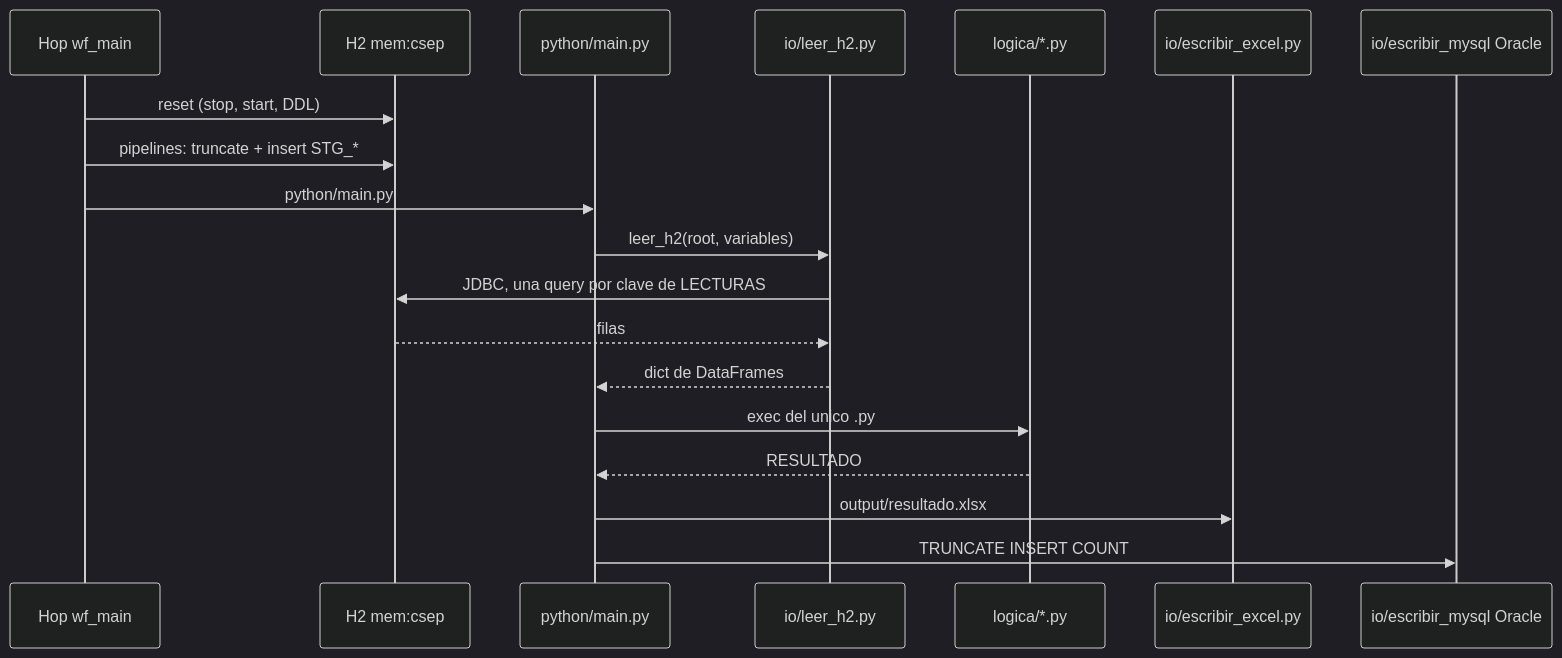
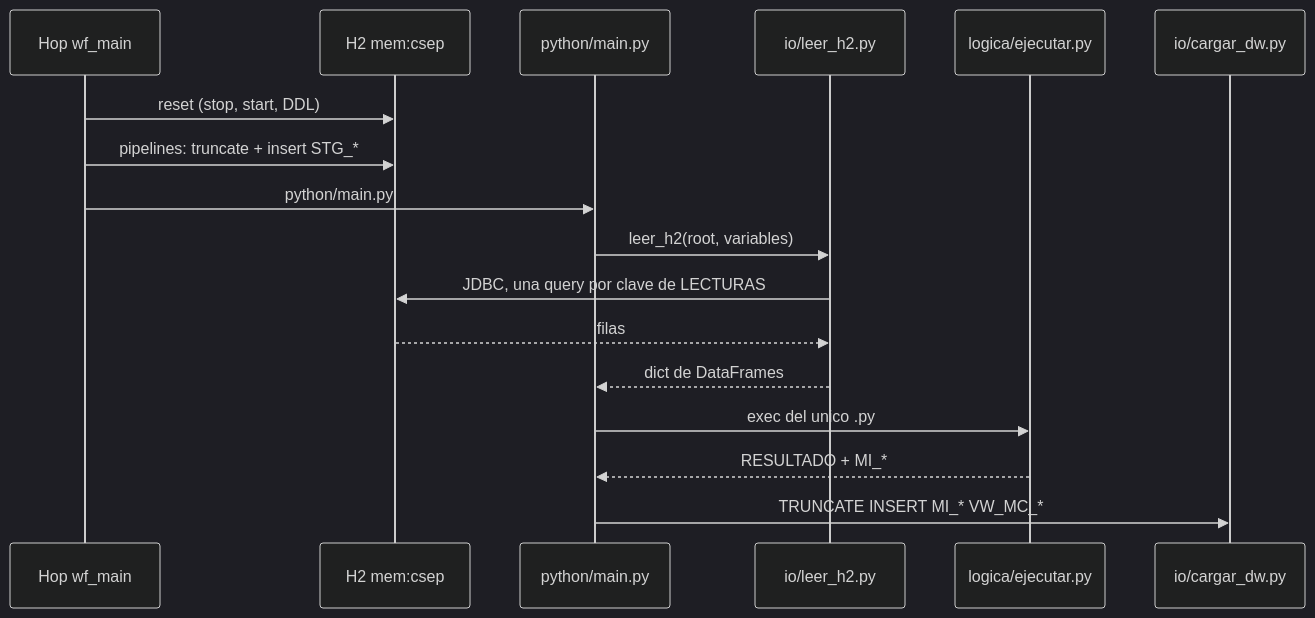
One commit to nwodevops/multa_informes_etl changed the third of 4 diagrams in docs/arquitectura.md. Above: the diagram before and after it, drawn with Mermaid (dark theme). The commit also changed other lines of this file and 37 other files, not shown here.

````diff
--- a/docs/arquitectura.md
+++ b/docs/arquitectura.md
@@ -160,22 +155,20 @@
 ```mermaid
 sequenceDiagram
   participant HOP as Hop wf_main
   participant H2 as H2 mem:csep
   participant MAIN as python/main.py
   participant LEER as io/leer_h2.py
-  participant LOG as logica/*.py
-  participant XLS as io/escribir_excel.py
-  participant ESC as io/escribir_mysql Oracle
+  participant LOG as logica/ejecutar.py
+  participant DW as io/cargar_dw.py
 
   HOP->>H2: reset (stop, start, DDL)
   HOP->>H2: pipelines: truncate + insert STG_*
   HOP->>MAIN: python/main.py
   MAIN->>LEER: leer_h2(root, variables)
   LEER->>H2: JDBC, una query por clave de LECTURAS
   H2-->>LEER: filas
   LEER-->>MAIN: dict de DataFrames
   MAIN->>LOG: exec del unico .py
-  LOG-->>MAIN: RESULTADO
-  MAIN->>XLS: output/resultado.xlsx
-  MAIN->>ESC: TRUNCATE INSERT COUNT
+  LOG-->>MAIN: RESULTADO + MI_*
+  MAIN->>DW: TRUNCATE INSERT MI_* VW_MC_*
 ```
````
